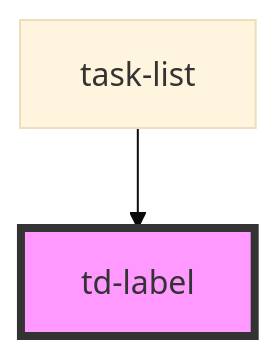
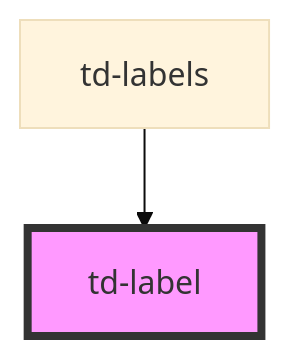
Before and after one commit to ajarana/to-done: the diagram in libs/ui/src/components/td-label/readme.md, drawn with Mermaid (base theme). The commit also changed other lines of this file and 63 other files, not shown here.

````diff
--- a/libs/ui/src/components/td-label/readme.md
+++ b/libs/ui/src/components/td-label/readme.md
@@ -22,5 +22,5 @@
 ```mermaid
 graph TD;
-  task-list --> td-label
+  td-labels --> td-label
   style td-label fill:#f9f,stroke:#333,stroke-width:4px
 ```
````
